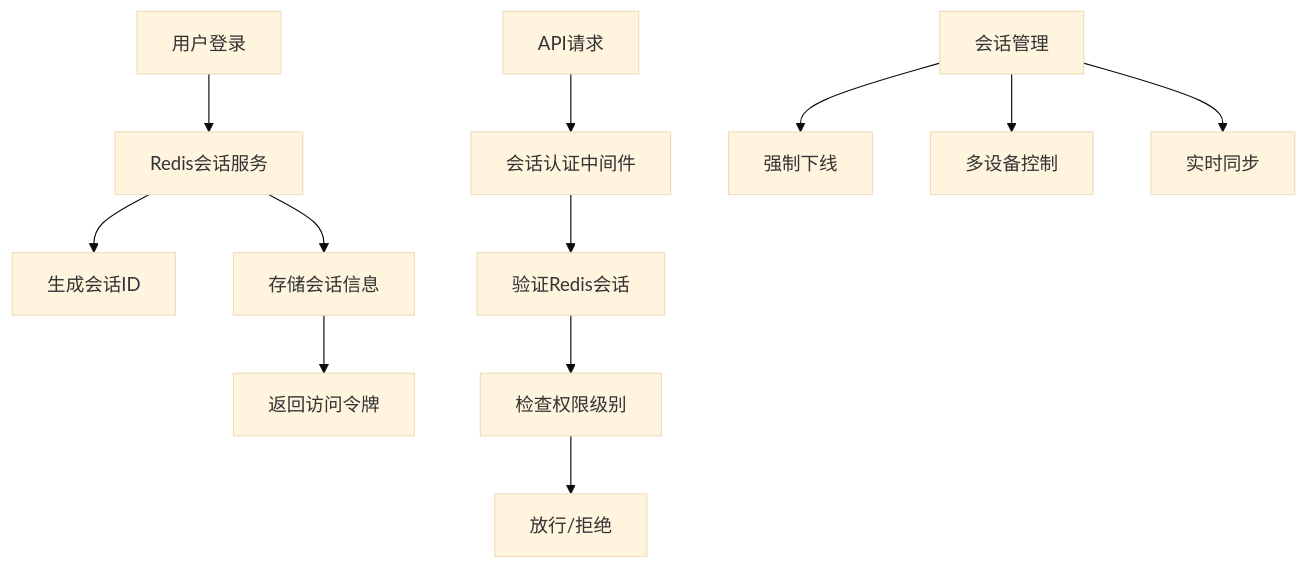
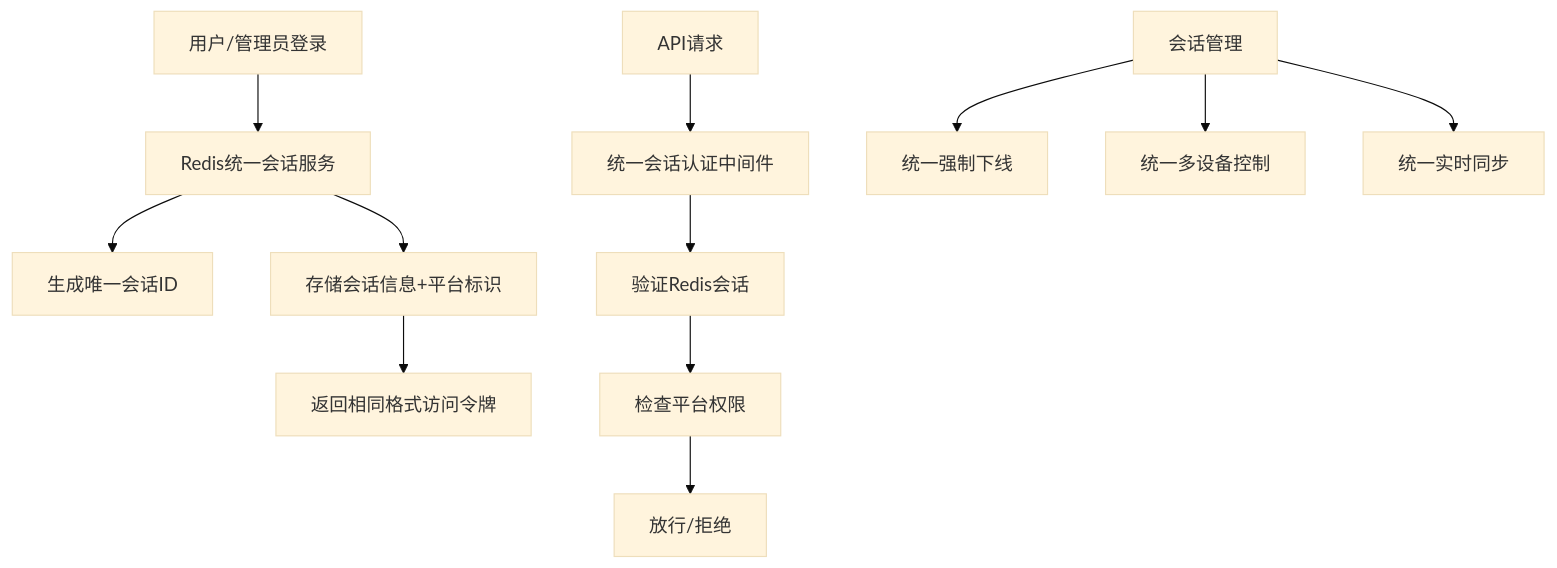
The diagram in agent/backend/engineering.md (lixiaoxiao-666/HuinongFinancial), drawn with Mermaid (base theme) before and after one commit. The commit also changed other lines of this file and 57 other files, not shown here.

````diff
--- a/agent/backend/engineering.md
+++ b/agent/backend/engineering.md
@@ -53,16 +53,16 @@
 ```mermaid
 graph TD
-    A[用户登录] --> B[Redis会话服务]
-    B --> C[生成会话ID]
-    B --> D[存储会话信息]
-    D --> E[返回访问令牌]
+    A[用户/管理员登录] --> B[Redis统一会话服务]
+    B --> C[生成唯一会话ID]
+    B --> D[存储会话信息+平台标识]
+    D --> E[返回相同格式访问令牌]
     
-    F[API请求] --> G[会话认证中间件]
+    F[API请求] --> G[统一会话认证中间件]
     G --> H[验证Redis会话]
-    H --> I[检查权限级别]
+    H --> I[检查平台权限]
     I --> J[放行/拒绝]
     
-    K[会话管理] --> L[强制下线]
-    K --> M[多设备控制]
-    K --> N[实时同步]
+    K[会话管理] --> L[统一强制下线]
+    K --> M[统一多设备控制]
+    K --> N[统一实时同步]
 ```
````
